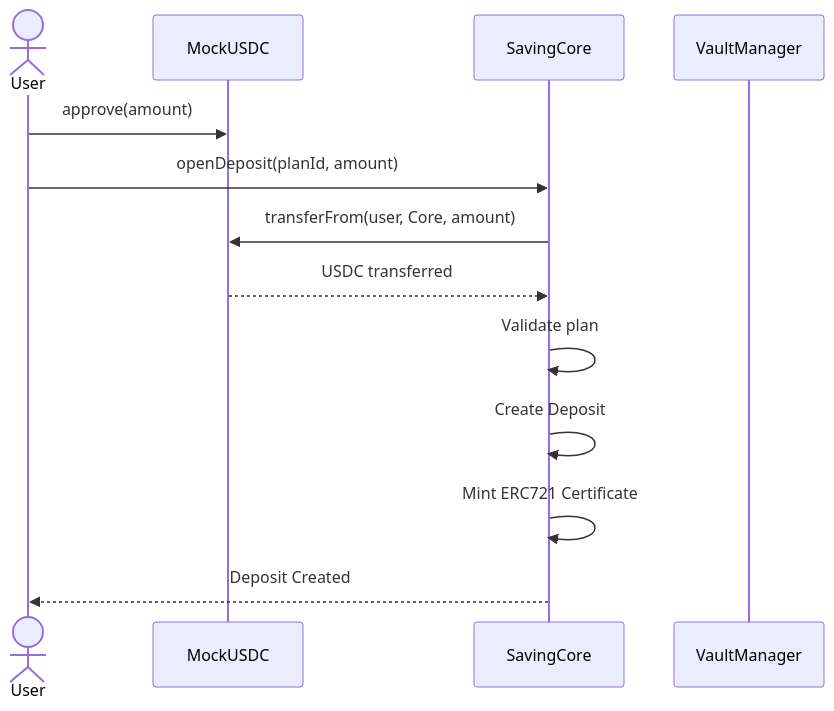
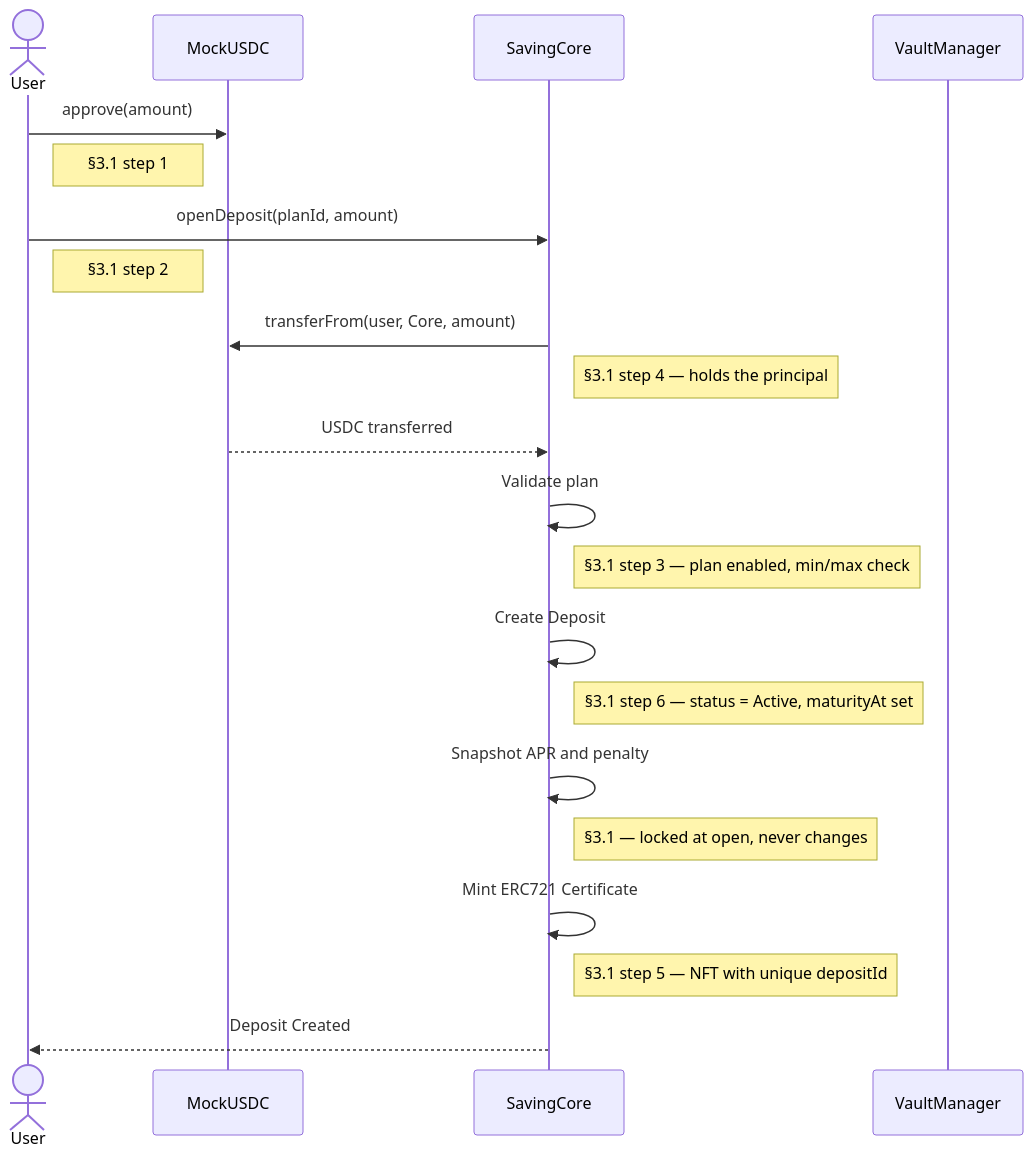
Before and after one commit to yang-sin-pal/AC_BlockChain_Online_Saving: the first of 6 diagrams in docs/sequence-diagram.md, drawn with Mermaid. The commit also changed other lines of this file, not shown here.

Commit message:
fix: enhance sequence diagrams with detailed notes for deposit, withdrawal, and renewal processes

````diff
--- a/docs/sequence-diagram.md
+++ b/docs/sequence-diagram.md
@@ -9,19 +9,31 @@
 ```mermaid
 sequenceDiagram
     actor User
     participant USDC as MockUSDC
     participant Core as SavingCore
     participant Vault as VaultManager
 
     User->>USDC: approve(amount)
+    Note right of User: §3.1 step 1
+
     User->>Core: openDeposit(planId, amount)
+    Note right of User: §3.1 step 2
 
     Core->>USDC: transferFrom(user, Core, amount)
+    Note right of Core: §3.1 step 4 — holds the principal
     USDC-->>Core: USDC transferred
 
     Core->>Core: Validate plan
+    Note right of Core: §3.1 step 3 — plan enabled, min/max check
+
     Core->>Core: Create Deposit
+    Note right of Core: §3.1 step 6 — status = Active, maturityAt set
+
+    Core->>Core: Snapshot APR and penalty
+    Note right of Core: §3.1 — locked at open, never changes
+
     Core->>Core: Mint ERC721 Certificate
+    Note right of Core: §3.1 step 5 — NFT with unique depositId
 
     Core-->>User: Deposit Created
 ```
````
